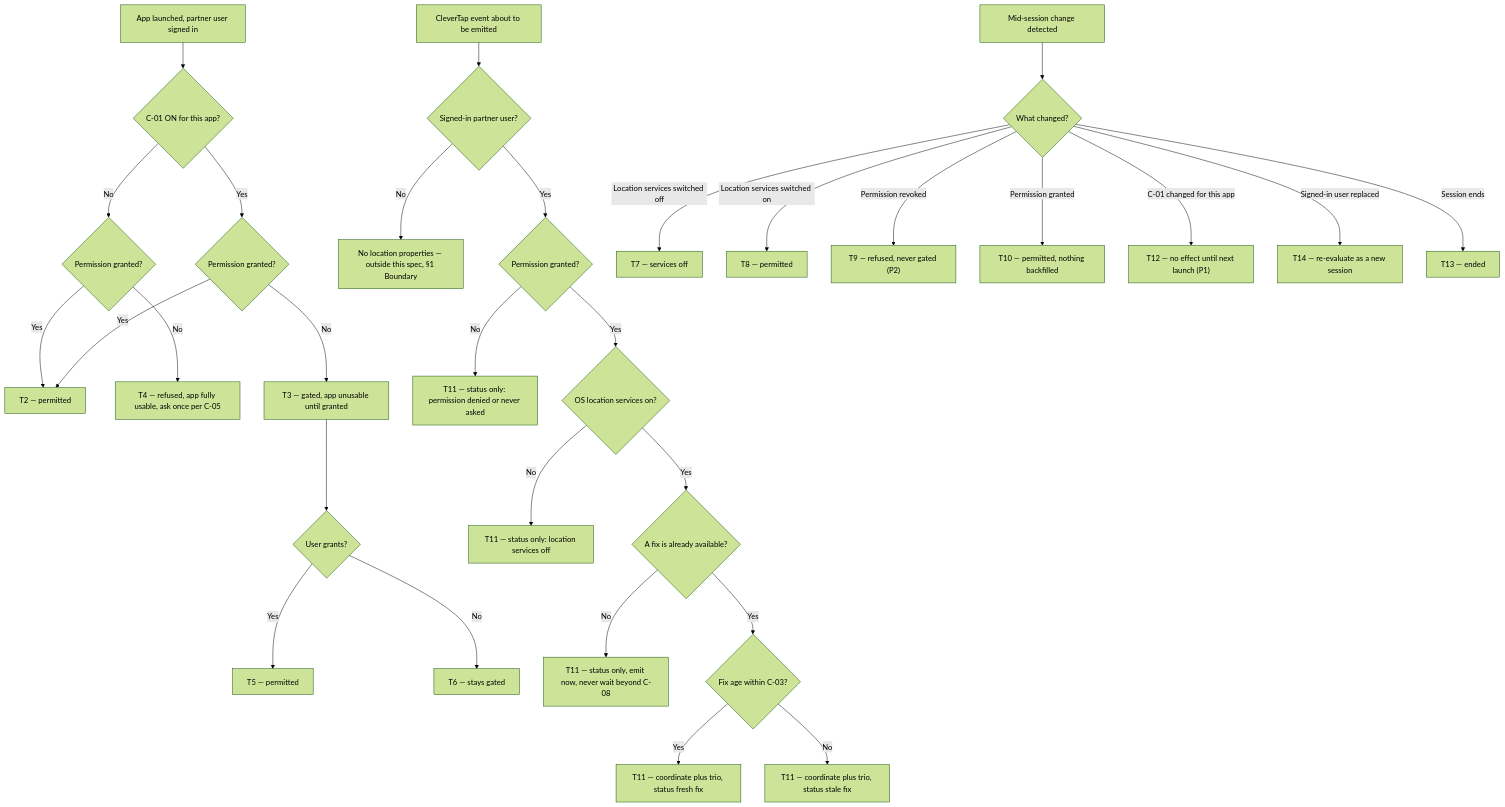
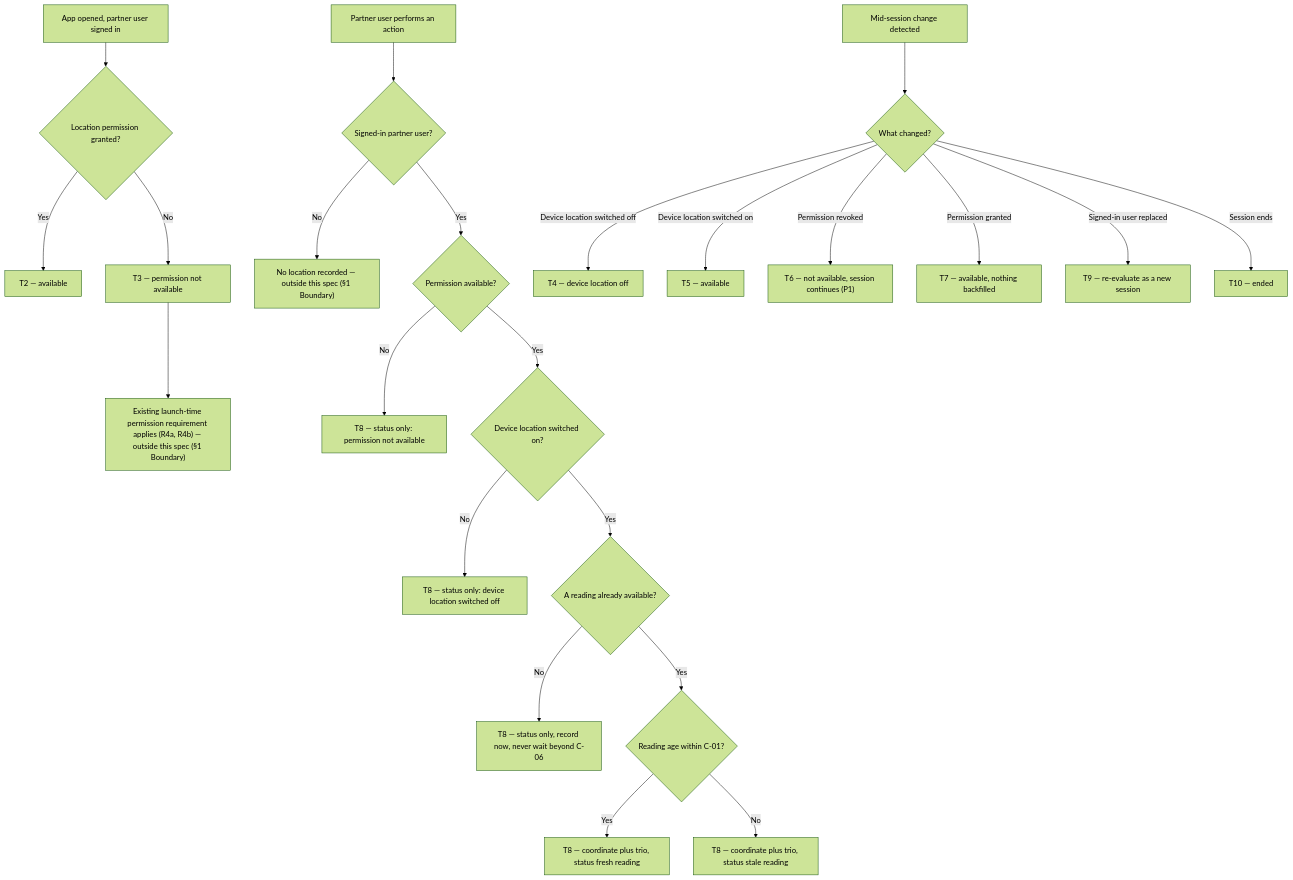
One commit to ashish-raj-wiom/partner-action-location changed the diagram in Partner_Action_Location_PRD.md. Above: the diagram before and after it, drawn with Mermaid (forest theme). The commit also changed other lines of this file and 2 other files, not shown here.

First line of the commit message:
v0.3 — remove named destination; correct the permission facts

````diff
--- a/Partner_Action_Location_PRD.md
+++ b/Partner_Action_Location_PRD.md
@@ -61,34 +57,27 @@
 ```mermaid
 flowchart TD
-    A["App launched, partner user signed in"] --> B{"C-01 ON for this app?"}
-    B -- "No" --> C{"Permission granted?"}
-    C -- "Yes" --> D["T2 — permitted"]
-    C -- "No" --> E["T4 — refused, app fully usable, ask once per C-05"]
-    B -- "Yes" --> F{"Permission granted?"}
-    F -- "Yes" --> D
-    F -- "No" --> G["T3 — gated, app unusable until granted"]
-    G --> H{"User grants?"}
-    H -- "Yes" --> I["T5 — permitted"]
-    H -- "No" --> J["T6 — stays gated"]
+    A["App opened, partner user signed in"] --> B{"Location permission granted?"}
+    B -- "Yes" --> C["T2 — available"]
+    B -- "No" --> D["T3 — permission not available"]
+    D --> E["Existing launch-time permission requirement applies (R4a, R4b) — outside this spec (§1 Boundary)"]
 
-    K["CleverTap event about to be emitted"] --> L{"Signed-in partner user?"}
-    L -- "No" --> M["No location properties — outside this spec, §1 Boundary"]
-    L -- "Yes" --> N{"Permission granted?"}
-    N -- "No" --> O["T11 — status only: permission denied or never asked"]
-    N -- "Yes" --> P{"OS location services on?"}
-    P -- "No" --> Q["T11 — status only: location services off"]
-    P -- "Yes" --> R{"A fix is already available?"}
-    R -- "No" --> S1["T11 — status only, emit now, never wait beyond C-08"]
-    R -- "Yes" --> S{"Fix age within C-03?"}
-    S -- "Yes" --> T1N["T11 — coordinate plus trio, status fresh fix"]
-    S -- "No" --> U["T11 — coordinate plus trio, status stale fix"]
+    F["Partner user performs an action"] --> G{"Signed-in partner user?"}
+    G -- "No" --> H["No location recorded — outside this spec (§1 Boundary)"]
+    G -- "Yes" --> I{"Permission available?"}
+    I -- "No" --> J["T8 — status only: permission not available"]
+    I -- "Yes" --> K{"Device location switched on?"}
+    K -- "No" --> L["T8 — status only: device location switched off"]
+    K -- "Yes" --> M{"A reading already available?"}
+    M -- "No" --> N["T8 — status only, record now, never wait beyond C-06"]
+    M -- "Yes" --> O{"Reading age within C-01?"}
+    O -- "Yes" --> P["T8 — coordinate plus trio, status fresh reading"]
+    O -- "No" --> Q["T8 — coordinate plus trio, status stale reading"]
 
-    V["Mid-session change detected"] --> W{"What changed?"}
-    W -- "Location services switched off" --> X1["T7 — services off"]
-    W -- "Location services switched on" --> X2["T8 — permitted"]
-    W -- "Permission revoked" --> X3["T9 — refused, never gated (P2)"]
-    W -- "Permission granted" --> X4["T10 — permitted, nothing backfilled"]
-    W -- "C-01 changed for this app" --> X5["T12 — no effect until next launch (P1)"]
-    W -- "Signed-in user replaced" --> X6["T14 — re-evaluate as a new session"]
-    W -- "Session ends" --> X7["T13 — ended"]
+    R["Mid-session change detected"] --> S{"What changed?"}
+    S -- "Device location switched off" --> T1N["T4 — device location off"]
+    S -- "Device location switched on" --> T2N["T5 — available"]
+    S -- "Permission revoked" --> T3N["T6 — not available, session continues (P1)"]
+    S -- "Permission granted" --> T4N["T7 — available, nothing backfilled"]
+    S -- "Signed-in user replaced" --> T5N["T9 — re-evaluate as a new session"]
+    S -- "Session ends" --> T6N["T10 — ended"]
 ```
````
